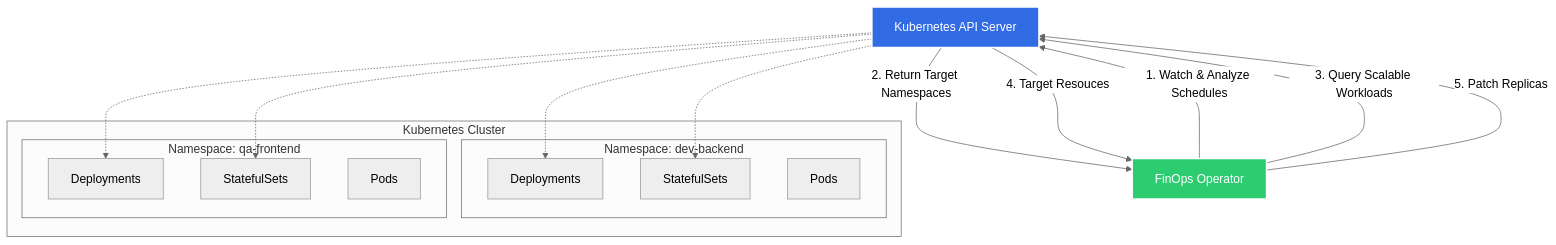
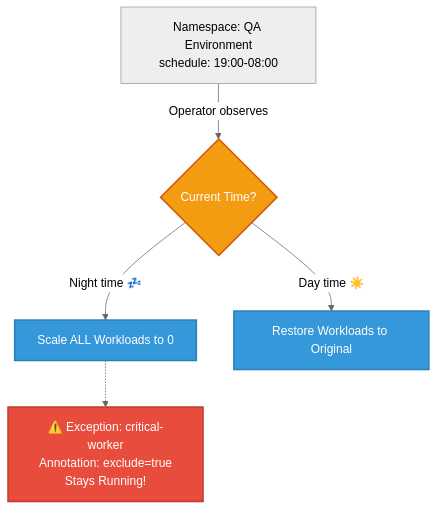
Before and after one commit to ok-karthik/finops-k8s-operator: the first of 2 diagrams in README.md, drawn with Mermaid (neutral theme). The commit also changed other lines of this file and 4 other files, not shown here.

````diff
--- a/README.md
+++ b/README.md
@@ -28,31 +28,13 @@
 ```mermaid
 graph TD
-    classDef k8s fill:#326ce5,stroke:#fff,stroke-width:2px,color:#fff;
-    classDef op fill:#2ecc71,stroke:#fff,stroke-width:2px,color:#fff;
+    classDef time fill:#f39c12,stroke:#d35400,stroke-width:2px,color:#fff;
+    classDef action fill:#3498db,stroke:#2980b9,stroke-width:2px,color:#fff;
+    classDef exception fill:#e74c3c,stroke:#c0392b,stroke-width:2px,color:#fff;
+
+    A[Namespace: QA Environment<br/>schedule: 19:00-08:00] -->|Operator observes| B{Current Time?}:::time
     
-    API[Kubernetes API Server]:::k8s
-    O[FinOps Operator]:::op
+    B -->|Night time 💤| C[Scale ALL Workloads to 0]:::action
+    B -->|Day time ☀️| D[Restore Workloads to Original]:::action
     
-    subgraph Cluster[Kubernetes Cluster]
-        subgraph NSA [Namespace: dev-backend]
-            D1[Deployments]
-            S1[StatefulSets]
-            P1[Pods]
-        end
-        
-        subgraph NSB [Namespace: qa-frontend]
-            D2[Deployments]
-            S2[StatefulSets]
-            P2[Pods]
-        end
-    end
-    
-    O -->|1. Watch & Analyze Schedules| API
-    API -->|2. Return Target Namespaces| O
-    O -->|3. Query Scalable Workloads| API
-    API -->|4. Target Resouces| O
-    O -->|5. Patch Replicas| API
-    
-    API -.-> D1 & S1
-    API -.-> D2 & S2
+    C -.-> E[⚠️ Exception: critical-worker<br/>Annotation: exclude=true<br/>Stays Running!]:::exception
 ```
````
